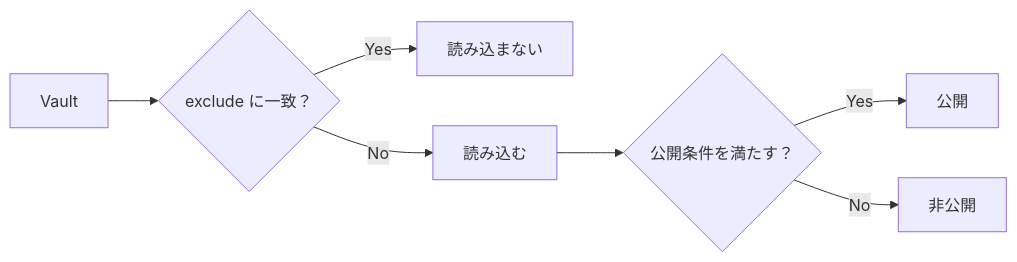
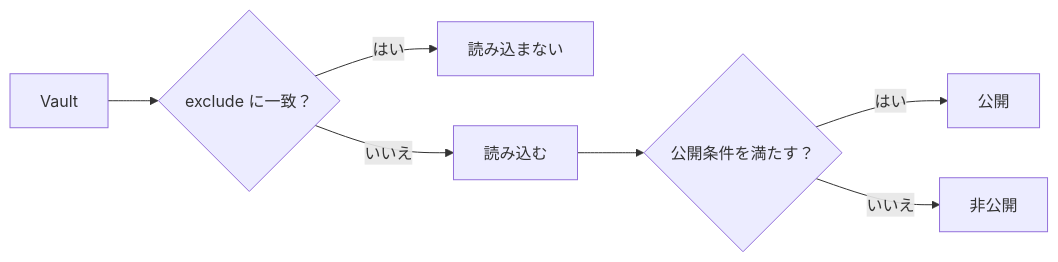
Before and after one commit to Rerurate514/riebeckite: the fifth of 10 diagrams in docs/docs/guides/content-repositories.ja.md, drawn with Mermaid. The commit also changed other lines of this file and 3 other files, not shown here.

````diff
--- a/docs/docs/guides/content-repositories.ja.md
+++ b/docs/docs/guides/content-repositories.ja.md
@@ -383,12 +278,12 @@
 ```mermaid
 flowchart LR
     Vault["Vault"]
 
     Vault --> Exclude{"exclude に一致？"}
-    Exclude -->|"Yes"| Ignore["読み込まない"]
-    Exclude -->|"No"| Read["読み込む"]
+    Exclude -->|"はい"| Ignore["読み込まない"]
+    Exclude -->|"いいえ"| Read["読み込む"]
 
     Read --> Publish{"公開条件を満たす？"}
-    Publish -->|"Yes"| Public["公開"]
-    Publish -->|"No"| Hidden["非公開"]
+    Publish -->|"はい"| Public["公開"]
+    Publish -->|"いいえ"| Hidden["非公開"]
 ```
````
